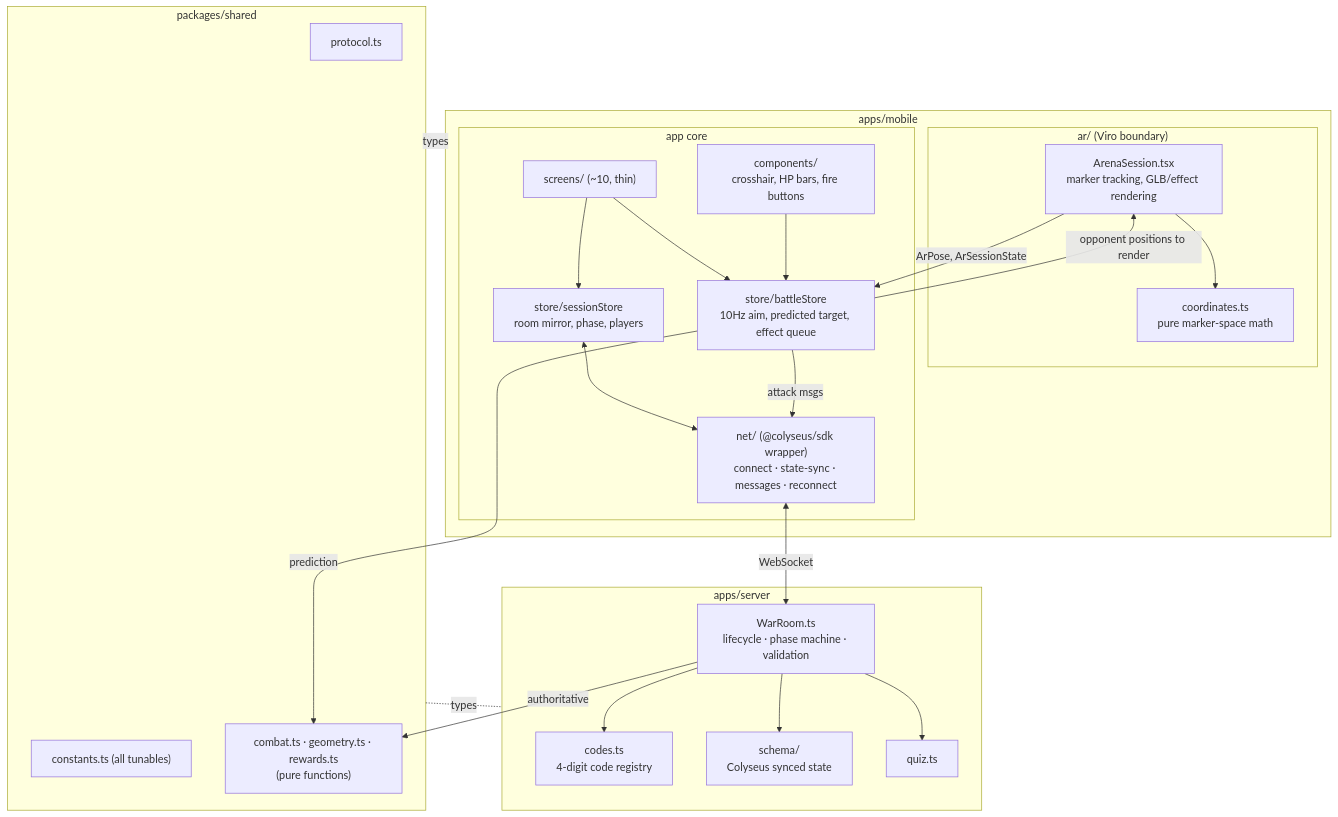
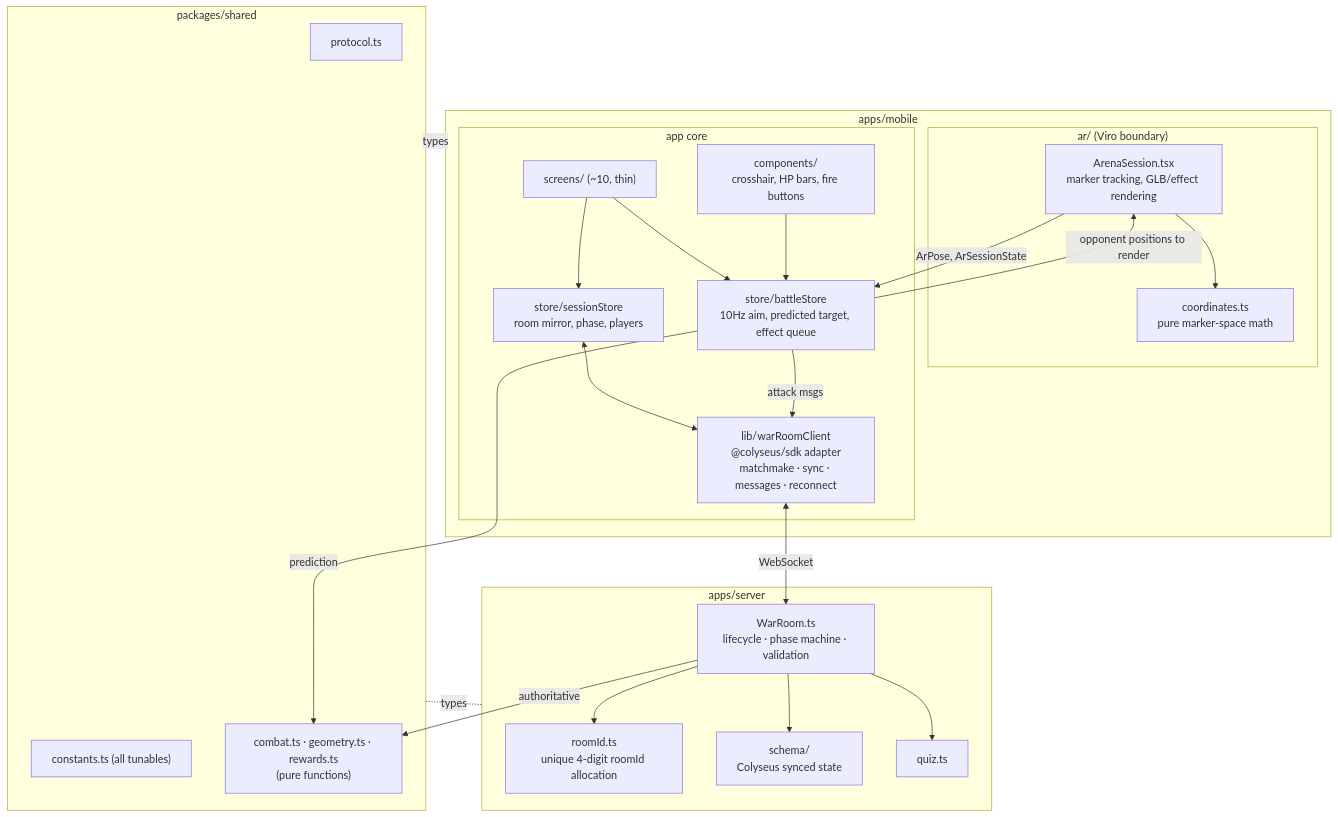
Before and after one commit to Vaibtan/CodexWars: the second of 9 diagrams in ARCHITECTURE.md, drawn with Mermaid. The commit also changed other lines of this file and 14 other files, not shown here.

Commit message:
docs: harden P0 architecture and align scaffold

````diff
--- a/ARCHITECTURE.md
+++ b/ARCHITECTURE.md
@@ -55,42 +55,42 @@
 ```mermaid
 flowchart TB
     subgraph MOBILE["apps/mobile"]
         subgraph AR["ar/ (Viro boundary)"]
             SESSION["ArenaSession.tsx<br/>marker tracking, GLB/effect rendering"]
             COORD["coordinates.ts<br/>pure marker-space math"]
         end
         subgraph CORE["app core"]
             SCREENS["screens/ (~10, thin)"]
             SSTORE["store/sessionStore<br/>room mirror, phase, players"]
             BSTORE["store/battleStore<br/>10Hz aim, predicted target, effect queue"]
-            NET["net/ (@colyseus/sdk wrapper)<br/>connect · state-sync · messages · reconnect"]
+            NET["lib/warRoomClient<br/>@colyseus/sdk adapter<br/>matchmake · sync · messages · reconnect"]
             HUD["components/<br/>crosshair, HP bars, fire buttons"]
         end
     end
 
     subgraph SERVER["apps/server"]
-        CODES["codes.ts<br/>4-digit code registry"]
+        CODES["roomId.ts<br/>unique 4-digit roomId allocation"]
         ROOM["WarRoom.ts<br/>lifecycle · phase machine · validation"]
         SCHEMA["schema/<br/>Colyseus synced state"]
         QUIZ["quiz.ts"]
     end
 
     subgraph SHARED["packages/shared"]
         PROTO["protocol.ts"]
         CONST["constants.ts (all tunables)"]
         COMBAT["combat.ts · geometry.ts · rewards.ts<br/>(pure functions)"]
     end
 
     SESSION --> COORD
     SESSION -->|"ArPose, ArSessionState"| BSTORE
     BSTORE -->|"opponent positions to render"| SESSION
     SCREENS --> SSTORE & BSTORE
     HUD --> BSTORE
     SSTORE <--> NET
     BSTORE -->|attack msgs| NET
     NET <-->|"WebSocket"| ROOM
     ROOM --> SCHEMA & CODES & QUIZ
     ROOM -->|authoritative| COMBAT
     BSTORE -->|prediction| COMBAT
     SHARED -.types.- MOBILE & SERVER
 ```
````
